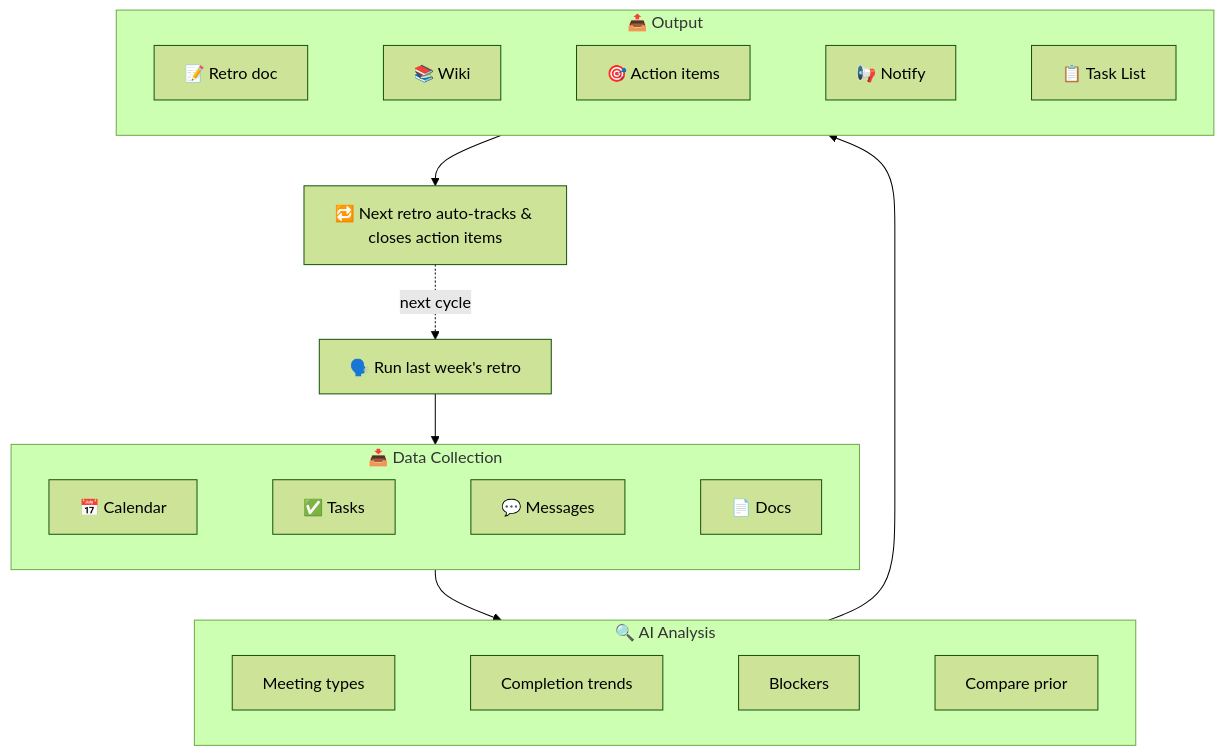
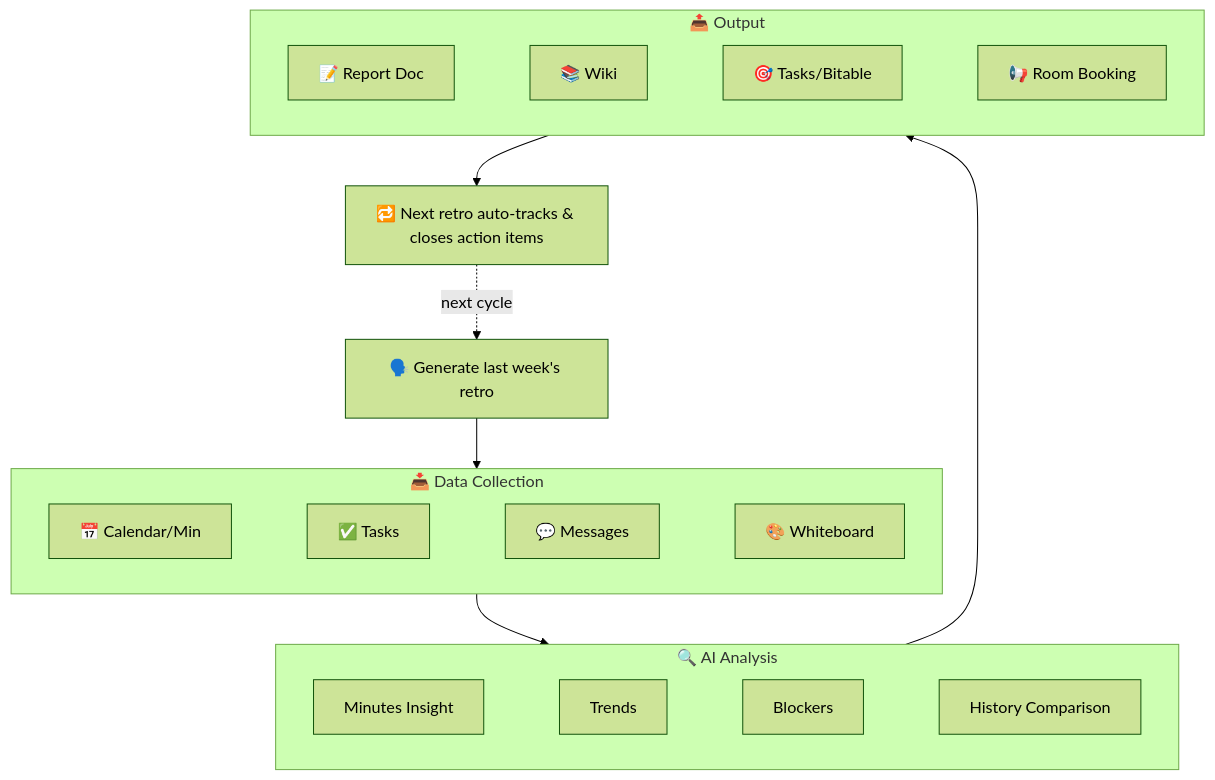
Before and after one commit to gkzzhs/lark-retro: the diagram in README_EN.md, drawn with Mermaid (forest theme). The commit also changed other lines of this file and 3 other files, not shown here.

First line of the commit message:
feat: v2.3.0 — adapt lark-cli v1.0.8: Meeting Room booking, Bitable archival, Whiteboard analysis

````diff
--- a/README_EN.md
+++ b/README_EN.md
@@ -77,26 +46,26 @@
 ```mermaid
 flowchart TB
-    User["🗣️ Run last week's retro"] --> Collect
+    User["🗣️ Generate last week's retro"] --> Collect
 
     subgraph Collect["📥 Data Collection"]
         direction LR
-        C1["📅 Calendar"] ~~~ C2["✅ Tasks"] ~~~ C3["💬 Messages"] ~~~ C4["📄 Docs"]
+        C1["📅 Calendar/Min"] ~~~ C2["✅ Tasks"] ~~~ C3["💬 Messages"] ~~~ C4["🎨 Whiteboard"]
     end
 
     Collect --> Analyze
 
     subgraph Analyze["🔍 AI Analysis"]
         direction LR
-        A1["Meeting types"] ~~~ A2["Completion trends"] ~~~ A3["Blockers"] ~~~ A4["Compare prior"]
+        A1["Minutes Insight"] ~~~ A2["Trends"] ~~~ A3["Blockers"] ~~~ A4["History Comparison"]
     end
 
     Analyze --> Output
 
     subgraph Output["📤 Output"]
         direction LR
-        O1["📝 Retro doc"] ~~~ O2["📚 Wiki"] ~~~ O3["🎯 Action items"] ~~~ O4["📢 Notify"] ~~~ O5["📋 Task List"]
+        O1["📝 Report Doc"] ~~~ O2["📚 Wiki"] ~~~ O3["🎯 Tasks/Bitable"] ~~~ O4["📢 Room Booking"]
     end
 
     Output --> Loop["🔁 Next retro auto-tracks & closes action items"]
     Loop -.->|"next cycle"| User
 ```
````
